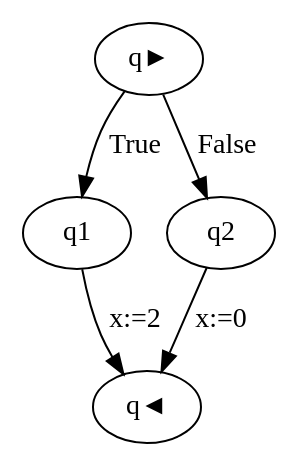
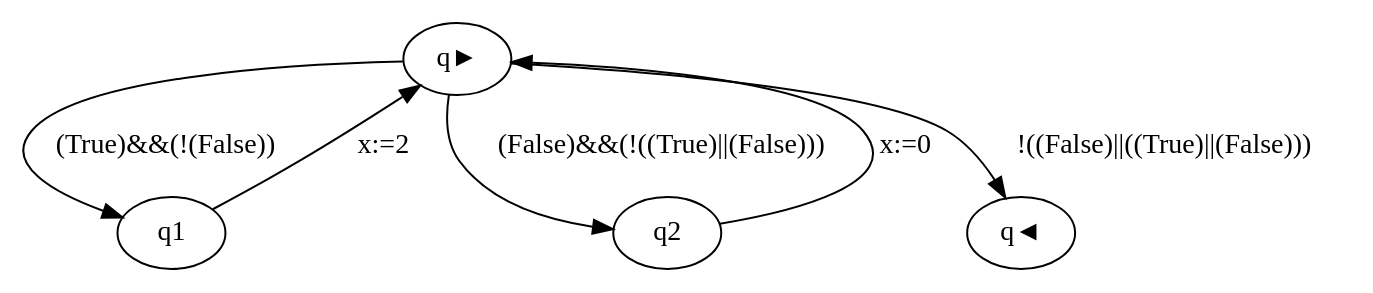
The diagram in graph.dot (JepMik/GCL-Build-Analyse-Tool), drawn with Graphviz before and after one commit. The commit also changed 5 other files, not shown here.

```diff
--- a/graph.dot
+++ b/graph.dot
@@ -1,6 +1,7 @@
 strict digraph {
-q► -> q1[label="True"];
-q1 -> q◄[label="x:=2"];
-q► -> q2[label="False"];
-q2 -> q◄[label="x:=0"];
+q► -> q1[label="(True)&&(!(False))"];
+q1 -> q►[label="x:=2"];
+q► -> q2[label="(False)&&(!((True)||(False)))"];
+q2 -> q►[label="x:=0"];
+q► -> q◄[label="!((False)||((True)||(False)))"];
 }
```
